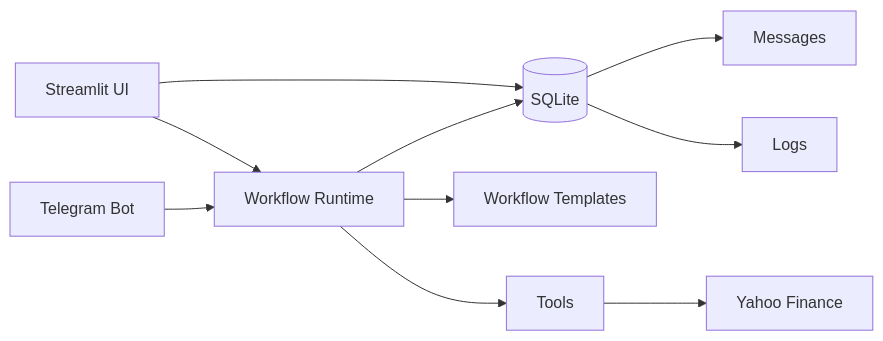
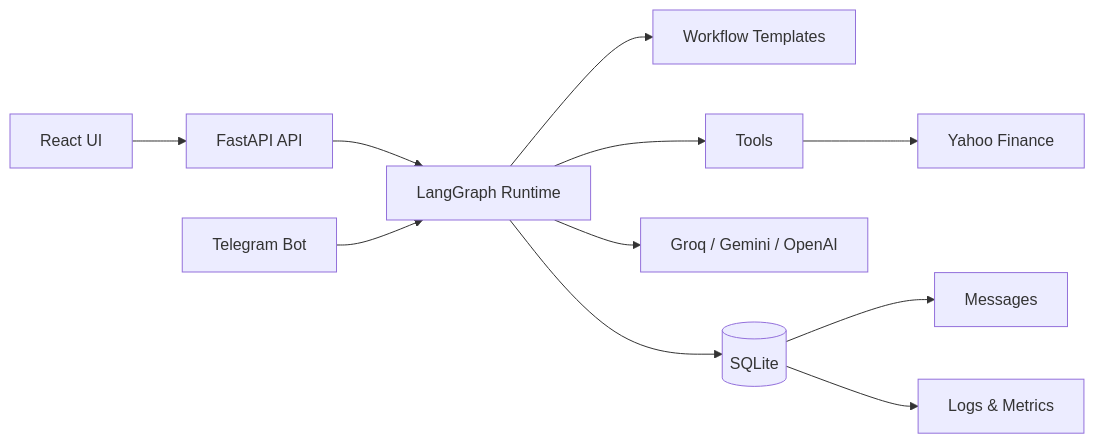
The diagram in README.md (Prabhat2211/Mentra), drawn with Mermaid before and after one commit. The commit also changed other lines of this file and 1 other file, not shown here.

````diff
--- a/README.md
+++ b/README.md
@@ -7,12 +7,13 @@
 ```mermaid
 flowchart LR
-  UI[Streamlit UI] --> DB[(SQLite)]
-  UI --> Runtime[Workflow Runtime]
+  React[React UI] --> API[FastAPI API]
+  API --> Runtime[LangGraph Runtime]
   Telegram[Telegram Bot] --> Runtime
   Runtime --> Templates[Workflow Templates]
   Runtime --> Tools[Tools]
+  Runtime --> LLM[Groq / Gemini / OpenAI]
   Tools --> Yahoo[Yahoo Finance]
-  Runtime --> DB
+  Runtime --> DB[(SQLite)]
   DB --> Messages[Messages]
-  DB --> Logs[Logs]
+  DB --> Logs[Logs & Metrics]
 ```
````
